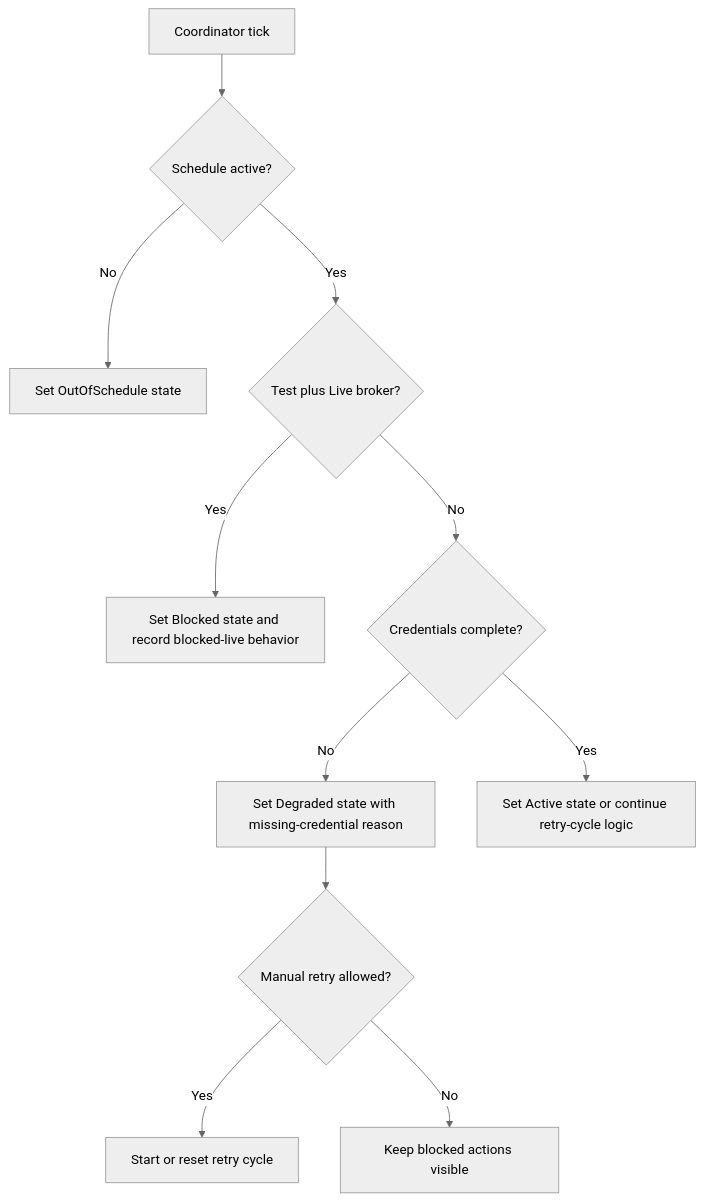
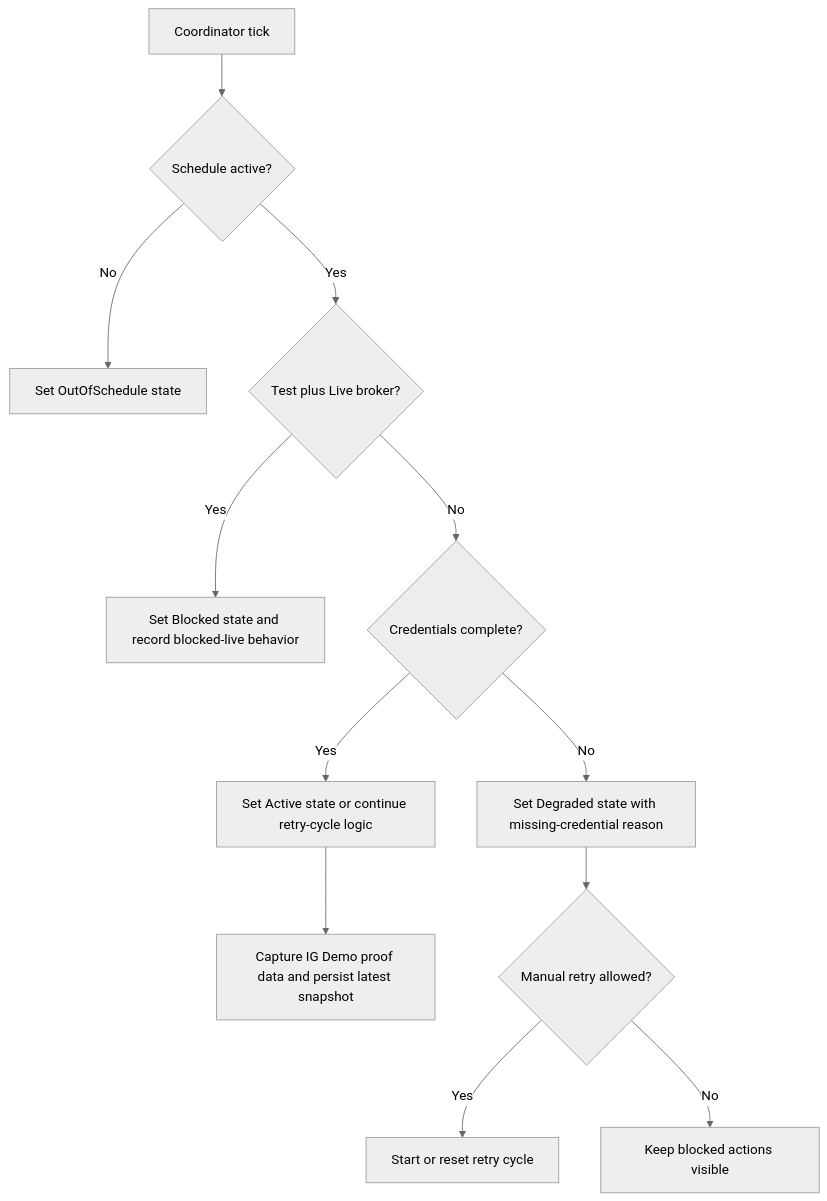
Before and after one commit to MartynFewtrell/TNC.Trading.Platform: the third of 3 diagrams in docs/wiki/runtime-behavior.md, drawn with Mermaid (neutral theme). The commit also changed other lines of this file and 49 other files, not shown here.

````diff
--- a/docs/wiki/runtime-behavior.md
+++ b/docs/wiki/runtime-behavior.md
@@ -363,13 +404,14 @@
 ```mermaid
 flowchart TD
     Tick[Coordinator tick] --> Schedule{Schedule active?}
     Schedule -->|No| OutOfSchedule[Set OutOfSchedule state]
     Schedule -->|Yes| Combination{Test plus Live broker?}
     Combination -->|Yes| Blocked[Set Blocked state and record blocked-live behavior]
     Combination -->|No| Credentials{Credentials complete?}
     Credentials -->|No| Degraded[Set Degraded state with missing-credential reason]
     Credentials -->|Yes| Active[Set Active state or continue retry-cycle logic]
+    Active --> ProofData[Capture IG Demo proof data and persist latest snapshot]
     Degraded --> ManualRetry{Manual retry allowed?}
     ManualRetry -->|Yes| RetryCycle[Start or reset retry cycle]
     ManualRetry -->|No| Wait[Keep blocked actions visible]
 ```
````
